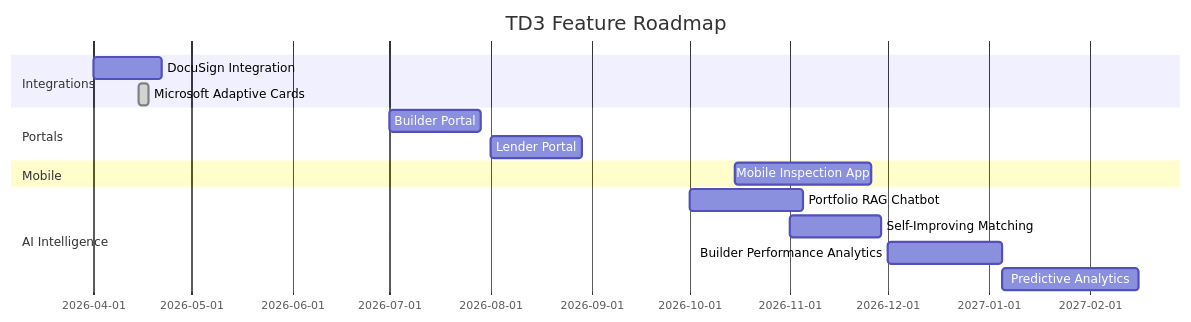
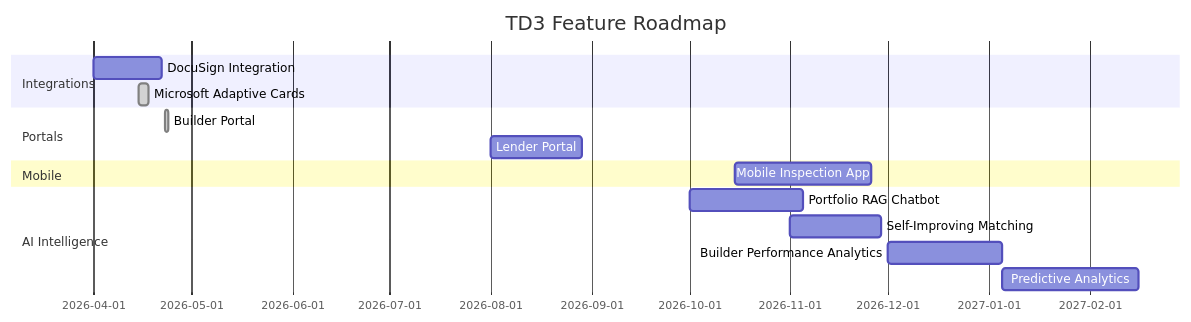
One commit to grysngrhm-tech/TD3-docs changed the second of 2 diagrams in docs/ROADMAP.md. Above: the diagram before and after it, drawn with Mermaid. The commit also changed other lines of this file and 2 other files, not shown here.

````diff
--- a/docs/ROADMAP.md
+++ b/docs/ROADMAP.md
@@ -230,22 +229,22 @@
 ```mermaid
 gantt
     title TD3 Feature Roadmap
     dateFormat YYYY-MM-DD
 
     section Integrations
     DocuSign Integration           :docusign, 2026-04-01, 21d
     Microsoft Adaptive Cards       :done, cards, 2026-04-15, 3d
 
     section Portals
-    Builder Portal                 :builder, 2026-07-01, 28d
+    Builder Portal                 :done, builder, 2026-04-23, 1d
     Lender Portal                  :lender, 2026-08-01, 28d
 
     section Mobile
     Mobile Inspection App          :mobile, 2026-10-15, 42d
 
     section AI Intelligence
     Portfolio RAG Chatbot          :rag, 2026-10-01, 35d
     Self-Improving Matching        :matching, 2026-11-01, 28d
     Builder Performance Analytics  :builder-perf, 2026-12-01, 35d
     Predictive Analytics           :predictive, 2027-01-05, 42d
 ```
````
